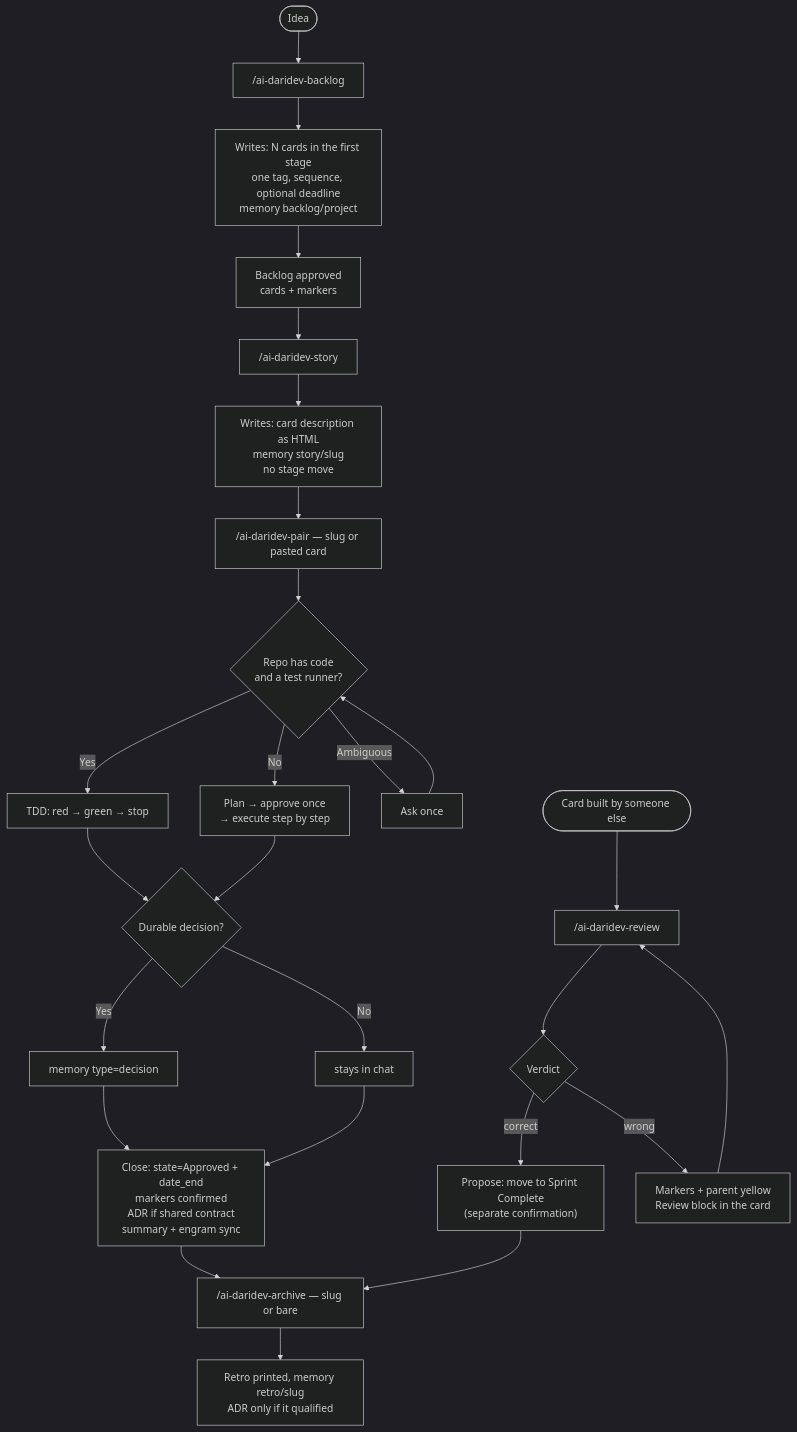
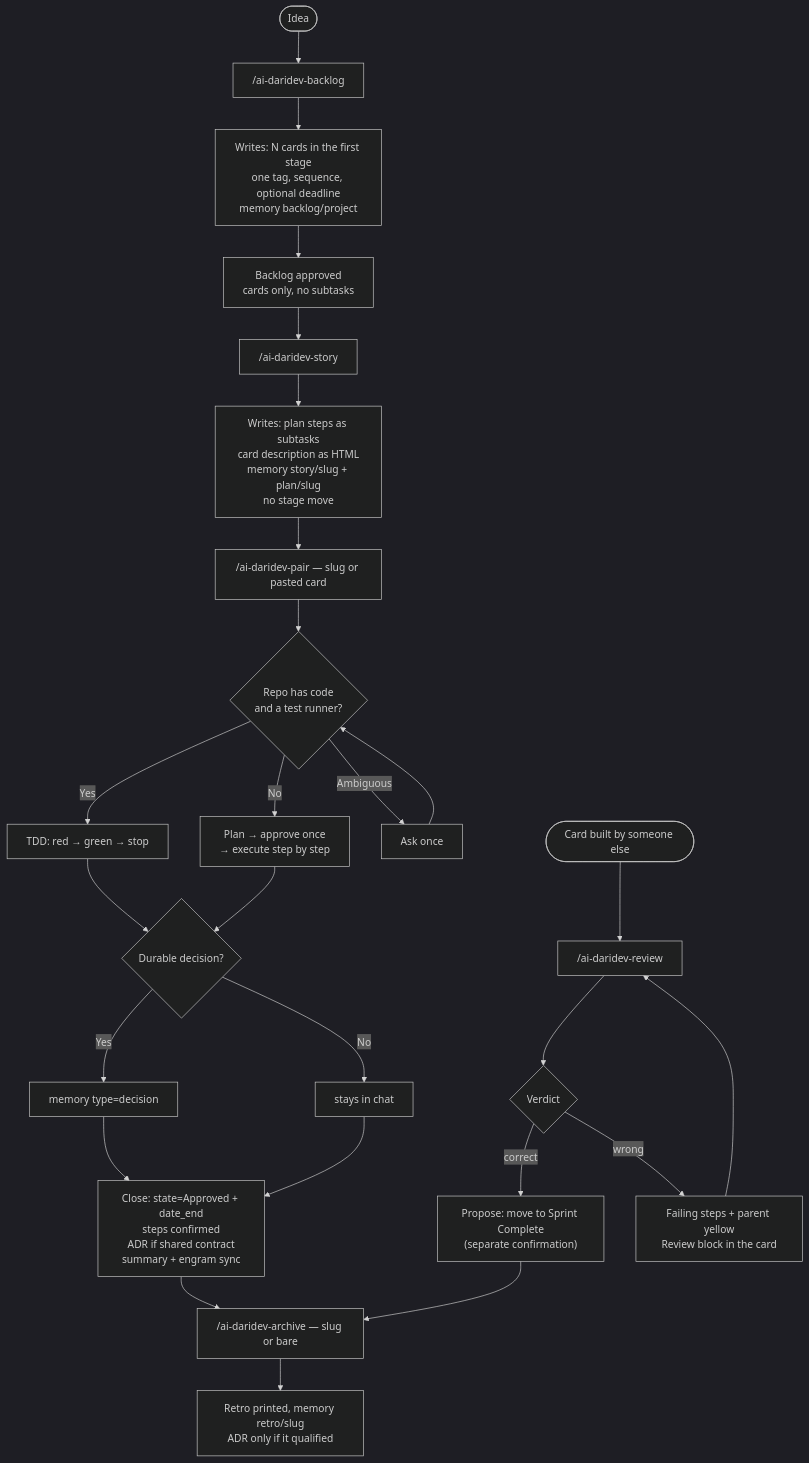
The second of 4 diagrams in docs/architecture.md (darideveloper/ai-daridev), drawn with Mermaid (dark theme) before and after one commit. The commit also changed 23 other files, not shown here.

First line of the commit message:
feat(skills): track plans as card subtasks

````diff
--- a/docs/architecture.md
+++ b/docs/architecture.md
@@ -73,30 +73,30 @@
 ```mermaid
 flowchart TD
     IDEA([Idea]) --> BL["/ai-daridev-backlog"]
     BL --> BLW["Writes: N cards in the first stage<br/>one tag, sequence, optional deadline<br/>memory backlog/project"]
-    BLW --> OK["Backlog approved<br/>cards + markers"]
+    BLW --> OK["Backlog approved<br/>cards only, no subtasks"]
     OK --> ST["/ai-daridev-story"]
-    ST --> STW["Writes: card description as HTML<br/>memory story/slug<br/>no stage move"]
+    ST --> STW["Writes: plan steps as subtasks<br/>card description as HTML<br/>memory story/slug + plan/slug<br/>no stage move"]
     STW --> PAIR["/ai-daridev-pair — slug or pasted card"]
     PAIR --> MODE{"Repo has code<br/>and a test runner?"}
     MODE -->|Yes| CODE["TDD: red → green → stop"]
     MODE -->|No| NOCODE["Plan → approve once<br/>→ execute step by step"]
     MODE -->|Ambiguous| ASK["Ask once"]
     ASK --> MODE
     CODE --> DEC{"Durable decision?"}
     NOCODE --> DEC
     DEC -->|Yes| MEM["memory type=decision"]
     DEC -->|No| EPH["stays in chat"]
     MEM --> CLOSE
     EPH --> CLOSE
-    CLOSE["Close: state=Approved + date_end<br/>markers confirmed<br/>ADR if shared contract<br/>summary + engram sync"]
+    CLOSE["Close: state=Approved + date_end<br/>steps confirmed<br/>ADR if shared contract<br/>summary + engram sync"]
     CLOSE --> ARCH["/ai-daridev-archive — slug or bare"]
     ARCH --> OUT["Retro printed, memory retro/slug<br/>ADR only if it qualified"]
 
     TEAM([Card built by someone else]) --> RV["/ai-daridev-review"]
     RV --> VERD{"Verdict"}
     VERD -->|correct| MOVE["Propose: move to Sprint Complete<br/>(separate confirmation)"]
-    VERD -->|wrong| CHG["Markers + parent yellow<br/>Review block in the card"]
+    VERD -->|wrong| CHG["Failing steps + parent yellow<br/>Review block in the card"]
     CHG --> RV
     MOVE --> ARCH
 ```
````
